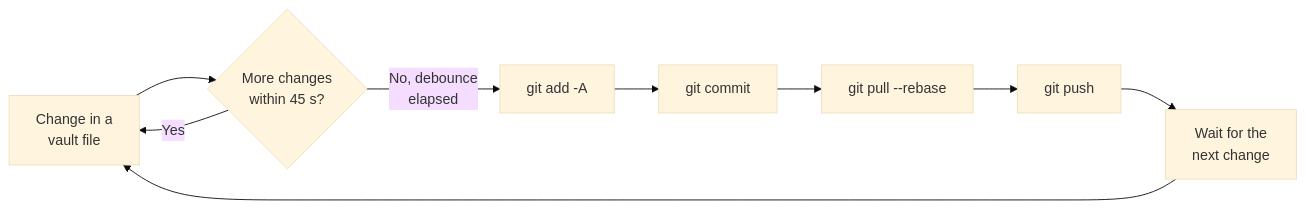
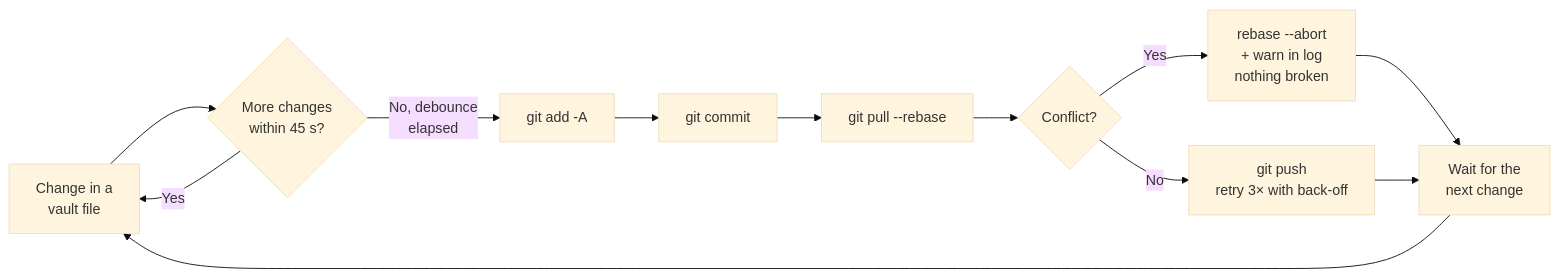
The diagram in docs/en/sync.md (Vahlame/create-vkm-kit), drawn with Mermaid (base theme) before and after one commit. The commit also changed other lines of this file and 35 other files, not shown here.

````diff
--- a/docs/en/sync.md
+++ b/docs/en/sync.md
@@ -19,11 +19,14 @@
 ```mermaid
 flowchart LR
     A[Change in a<br/>vault file] --> B{More changes<br/>within 45 s?}
     B -- Yes --> A
     B -- No, debounce<br/>elapsed --> C[git add -A]
     C --> D[git commit]
     D --> E[git pull --rebase]
-    E --> F[git push]
-    F --> G[Wait for the<br/>next change]
+    E --> H{Conflict?}
+    H -- Yes --> I[rebase --abort<br/>+ warn in log<br/>nothing broken]
+    I --> G[Wait for the<br/>next change]
+    H -- No --> F[git push<br/>retry 3× with back-off]
+    F --> G
     G --> A
 ```
````
